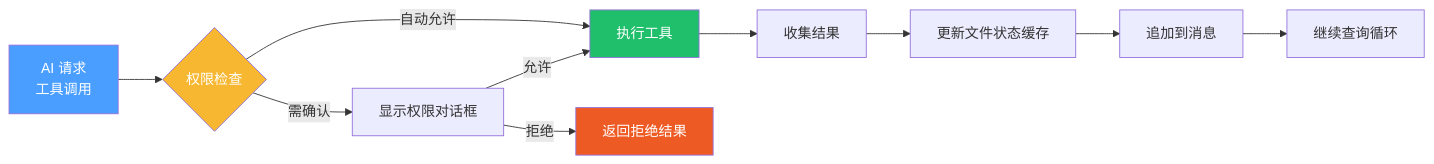
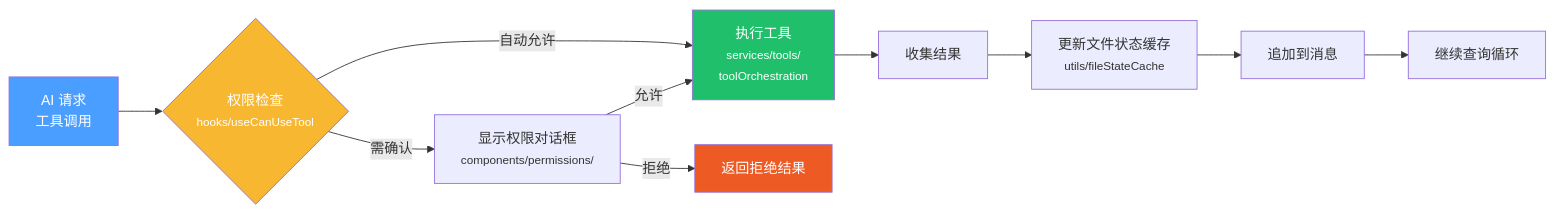
The third of 5 diagrams in 00-项目总览.md (day0n/analysis-claude-code), drawn with Mermaid before and after one commit. The commit also changed other lines of this file and 9 other files, not shown here.

First line of the commit message:
fix: rewrite architecture diagrams based on verified import analysis

````diff
--- a/00-项目总览.md
+++ b/00-项目总览.md
@@ -173,17 +257,17 @@
 ```mermaid
 flowchart LR
-    A["AI 请求<br/>工具调用"] --> B{"权限检查"}
-    B -->|自动允许| D["执行工具"]
-    B -->|需确认| C["显示权限对话框"]
+    A["AI 请求<br/>工具调用"] --> B{"权限检查<br/><small>hooks/useCanUseTool</small>"}
+    B -->|自动允许| D["执行工具<br/><small>services/tools/<br/>toolOrchestration</small>"]
+    B -->|需确认| C["显示权限对话框<br/><small>components/permissions/</small>"]
     C -->|允许| D
     C -->|拒绝| E["返回拒绝结果"]
     D --> F["收集结果"]
-    F --> G["更新文件状态缓存"]
+    F --> G["更新文件状态缓存<br/><small>utils/fileStateCache</small>"]
     G --> H["追加到消息"]
     H --> I["继续查询循环"]
 
     style A fill:#4a9eff,color:#fff
     style B fill:#f7b731,color:#fff
     style D fill:#20bf6b,color:#fff
     style E fill:#ee5a24,color:#fff
 ```
````
